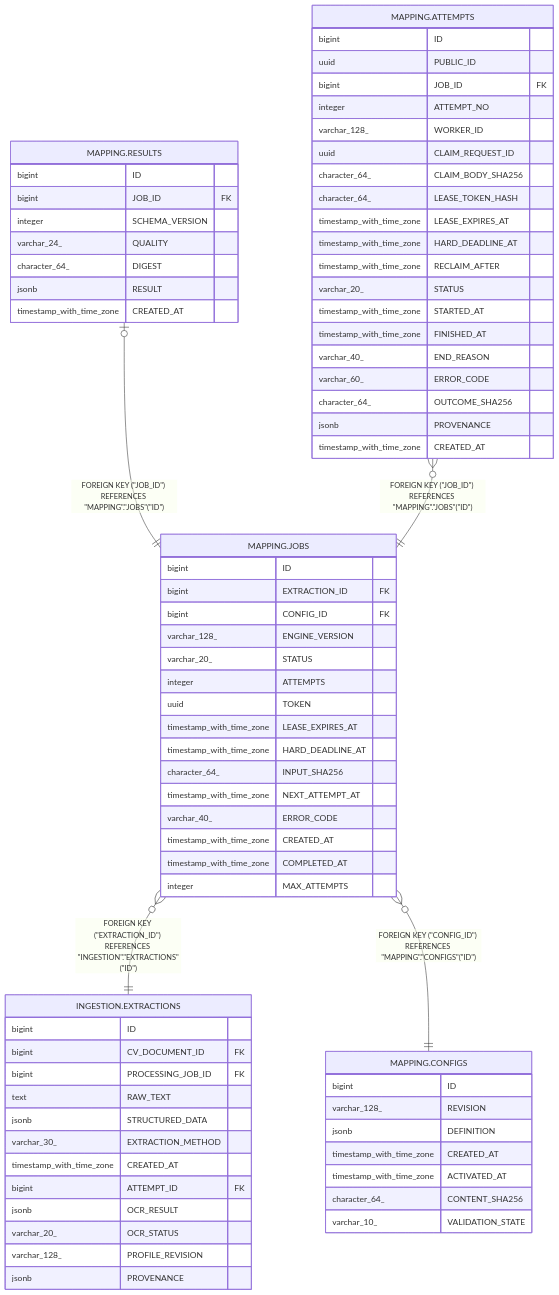
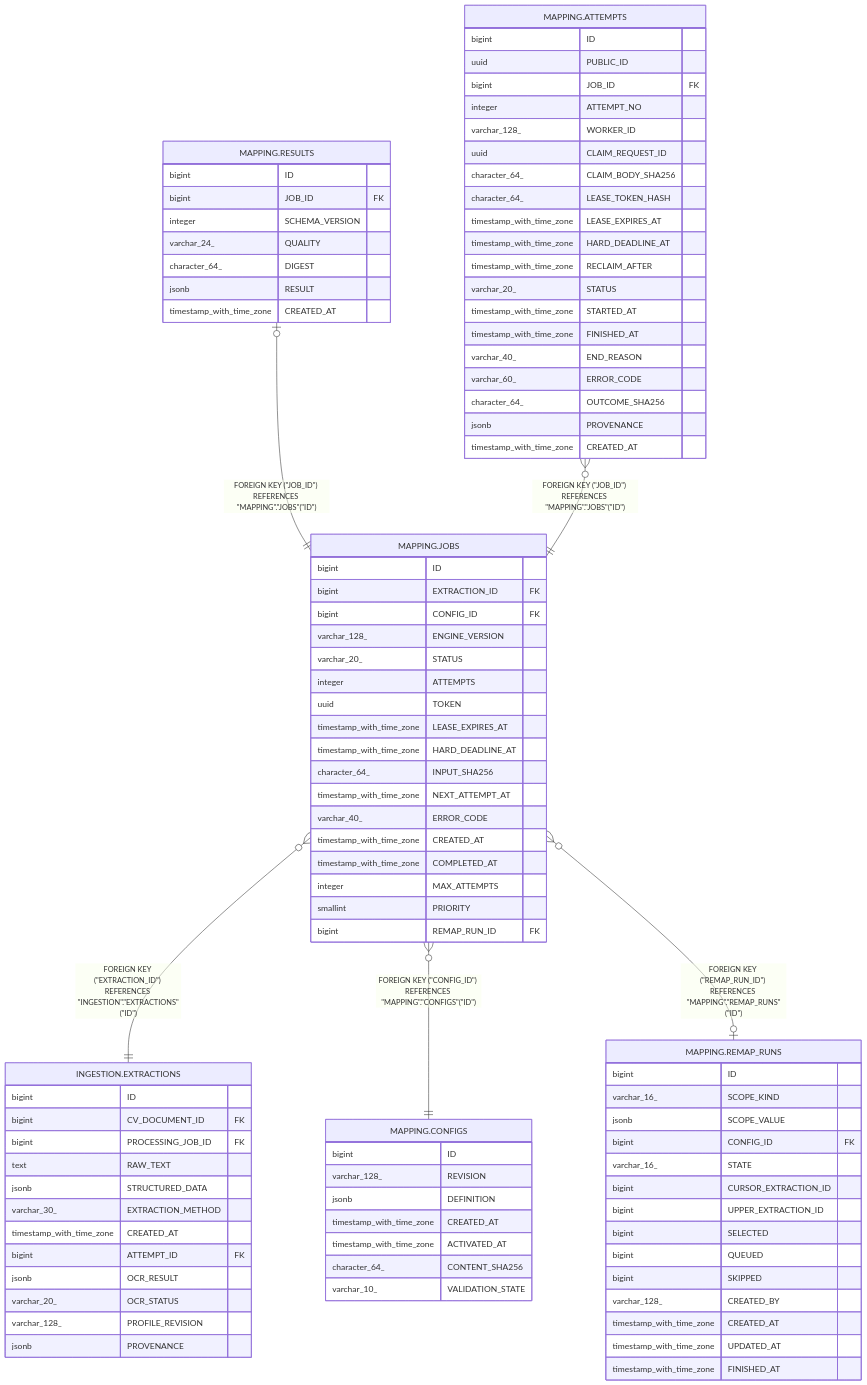
One commit to happidude/cv-compass changed the diagram in docs/db/MAPPING.JOBS.md. Above: the diagram before and after it, drawn with Mermaid. The commit also changed other lines of this file and 7 other files, not shown here.

First line of the commit message:
Isolate poisoned search test and regenerate schema docs for V17

````diff
--- a/docs/db/MAPPING.JOBS.md
+++ b/docs/db/MAPPING.JOBS.md
@@ -58,6 +63,7 @@
 "MAPPING.ATTEMPTS" }o--|| "MAPPING.JOBS" : "FOREIGN KEY (#quot;JOB_ID#quot;) REFERENCES #quot;MAPPING#quot;.#quot;JOBS#quot;(#quot;ID#quot;)"
 "MAPPING.JOBS" }o--|| "INGESTION.EXTRACTIONS" : "FOREIGN KEY (#quot;EXTRACTION_ID#quot;) REFERENCES #quot;INGESTION#quot;.#quot;EXTRACTIONS#quot;(#quot;ID#quot;)"
 "MAPPING.JOBS" }o--|| "MAPPING.CONFIGS" : "FOREIGN KEY (#quot;CONFIG_ID#quot;) REFERENCES #quot;MAPPING#quot;.#quot;CONFIGS#quot;(#quot;ID#quot;)"
+"MAPPING.JOBS" }o--o| "MAPPING.REMAP_RUNS" : "FOREIGN KEY (#quot;REMAP_RUN_ID#quot;) REFERENCES #quot;MAPPING#quot;.#quot;REMAP_RUNS#quot;(#quot;ID#quot;)"
 
 "MAPPING.JOBS" {
   bigint ID
@@ -75,6 +81,8 @@
   timestamp_with_time_zone CREATED_AT
   timestamp_with_time_zone COMPLETED_AT
   integer MAX_ATTEMPTS
+  smallint PRIORITY
+  bigint REMAP_RUN_ID FK
 }
 "MAPPING.RESULTS" {
   bigint ID
@@ -129,4 +137,20 @@
   character_64_ CONTENT_SHA256
   varchar_10_ VALIDATION_STATE
 }
+"MAPPING.REMAP_RUNS" {
+  bigint ID
+  varchar_16_ SCOPE_KIND
+  jsonb SCOPE_VALUE
+  bigint CONFIG_ID FK
+  varchar_16_ STATE
+  bigint CURSOR_EXTRACTION_ID
+  bigint UPPER_EXTRACTION_ID
+  bigint SELECTED
+  bigint QUEUED
+  bigint SKIPPED
+  varchar_128_ CREATED_BY
+  timestamp_with_time_zone CREATED_AT
+  timestamp_with_time_zone UPDATED_AT
+  timestamp_with_time_zone FINISHED_AT
+}
 ```
````
